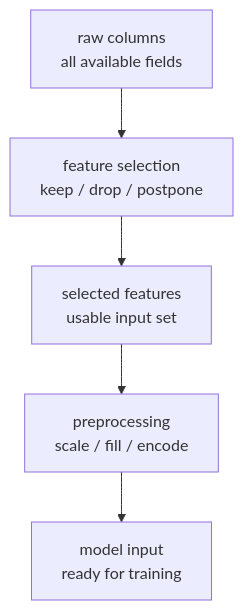
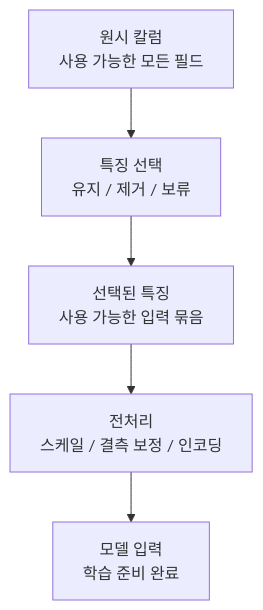
One commit to devchan64/AiBook changed the third of 4 diagrams in docs/parts/part-04/chapter-07/section-01.md. Above: the diagram before and after it, drawn with Mermaid. The commit also changed other lines of this file and 138 other files, not shown here.

````diff
--- a/docs/parts/part-04/chapter-07/section-01.md
+++ b/docs/parts/part-04/chapter-07/section-01.md
@@ -444,11 +444,11 @@
 ```mermaid
 flowchart TD
-  A["raw columns<br/>all available fields"]
-  B["feature selection<br/>keep / drop / postpone"]
-  C["selected features<br/>usable input set"]
-  D["preprocessing<br/>scale / fill / encode"]
-  E["model input<br/>ready for training"]
+  A["원시 칼럼<br/>사용 가능한 모든 필드"]
+  B["특징 선택<br/>유지 / 제거 / 보류"]
+  C["선택된 특징<br/>사용 가능한 입력 묶음"]
+  D["전처리<br/>스케일 / 결측 보정 / 인코딩"]
+  E["모델 입력<br/>학습 준비 완료"]
 
   A --> B --> C
   C --> D --> E
 ```
````
